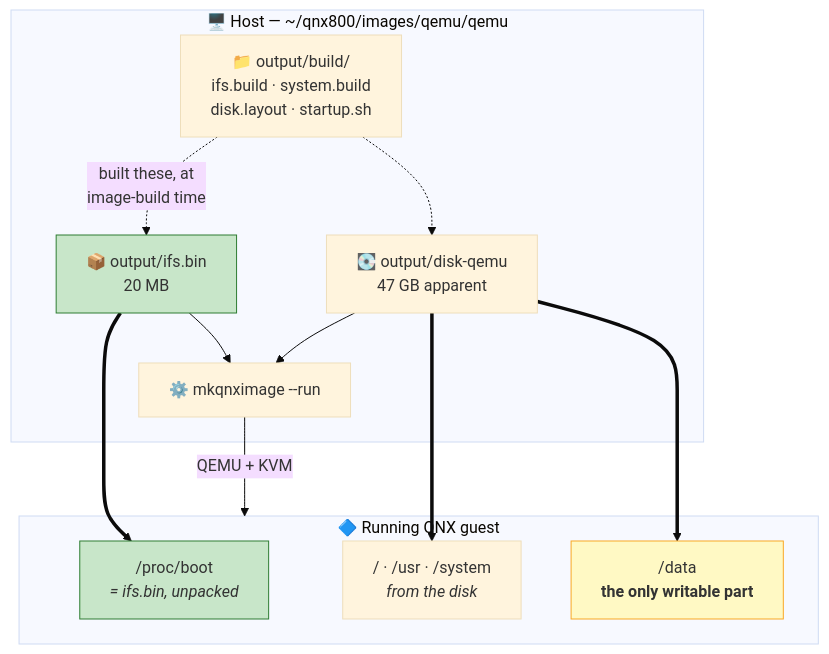
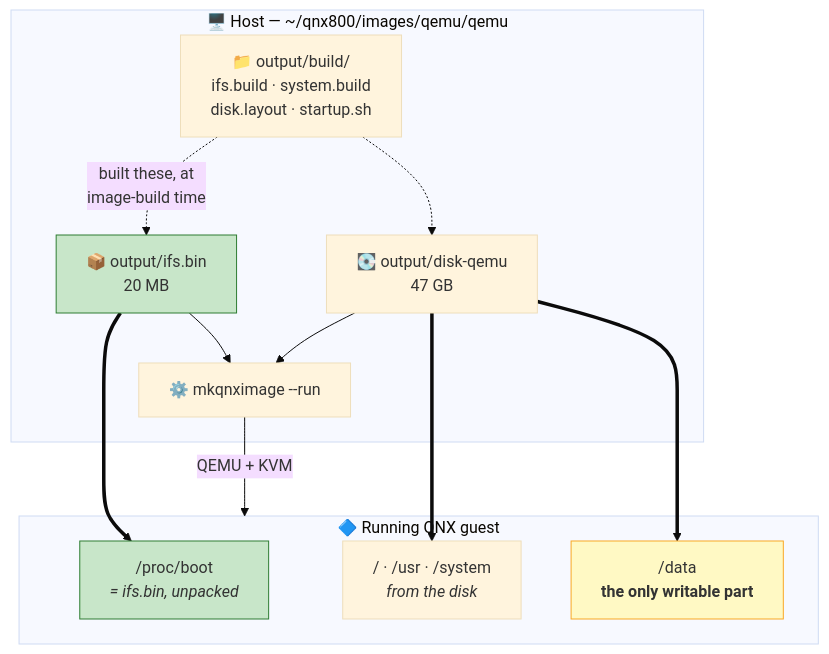
Before and after one commit to Tyrostir/qnx-zero-to-hero: the first of 2 diagrams in docs/chapters/Chapter06_FirstQNXVMOnQEMU.md, drawn with Mermaid (base theme). The commit also changed other lines of this file and 22 other files, not shown here.

````diff
--- a/docs/chapters/Chapter06_FirstQNXVMOnQEMU.md
+++ b/docs/chapters/Chapter06_FirstQNXVMOnQEMU.md
@@ -100,25 +100,25 @@
 ```mermaid
 flowchart TB
     subgraph HOSTSIDE["🖥️ Host — ~/qnx800/images/qemu/qemu"]
         BUILD["📁 output/build/<br/>ifs.build · system.build<br/>disk.layout · startup.sh"]
         IFS["📦 output/ifs.bin<br/>20 MB"]
-        DISK["💽 output/disk-qemu<br/>47 GB apparent"]
+        DISK["💽 output/disk-qemu<br/>47 GB"]
         MK["⚙️ mkqnximage --run"]
     end
     subgraph GUEST["🔷 Running QNX guest"]
         PB["/proc/boot<br/><i>= ifs.bin, unpacked</i>"]
         FS["/ · /usr · /system<br/><i>from the disk</i>"]
         DATA["/data<br/><b>the only writable part</b>"]
     end
     BUILD -.->|"built these, at<br/>image-build time"| IFS
     BUILD -.-> DISK
     IFS --> MK
     DISK --> MK
     MK -->|"QEMU + KVM"| GUEST
     IFS ==> PB
     DISK ==> FS
     DISK ==> DATA
     style IFS fill:#c8e6c9,stroke:#2e7d32
     style DATA fill:#fff9c4,stroke:#f9a825
     style PB fill:#c8e6c9,stroke:#2e7d32
 ```
````
